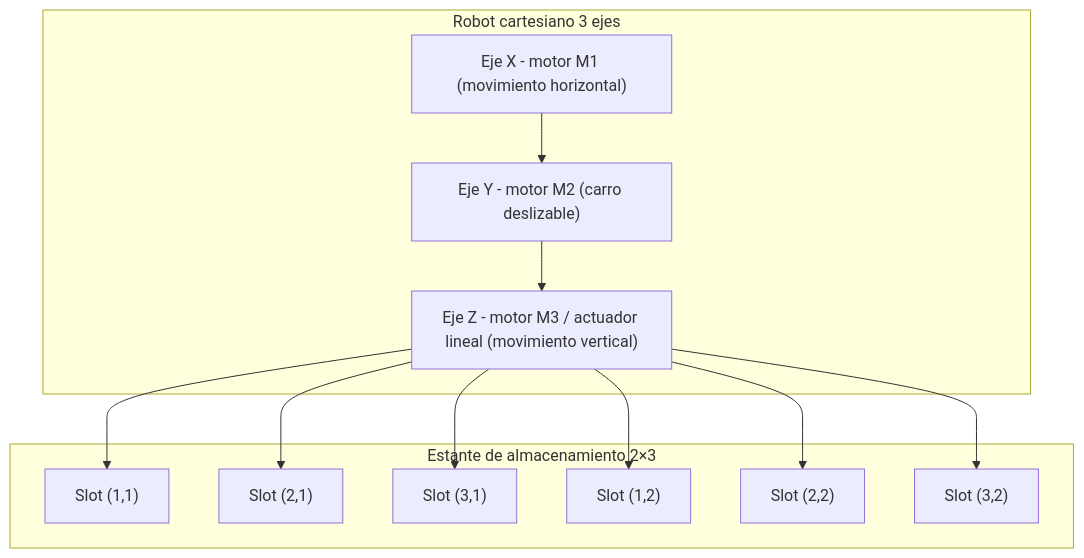
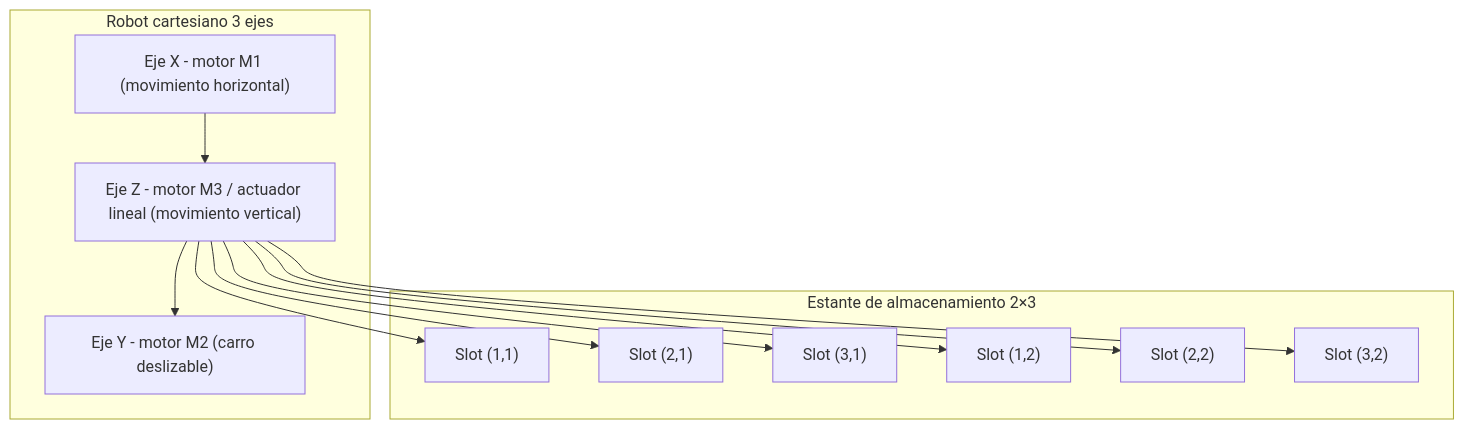
One commit to SB-312/Proyecto-Intermedio-IIoT changed the first of 4 diagrams in README.md. Above: the diagram before and after it, drawn with Mermaid.

````diff
--- a/README.md
+++ b/README.md
@@ -56,25 +56,25 @@
 ```mermaid
 flowchart TB
   subgraph Robot["Robot cartesiano 3 ejes"]
     X["Eje X - motor M1 (movimiento horizontal)"]
     Z["Eje Z - motor M3 / actuador lineal (movimiento vertical)"]
     Y["Eje Y - motor M2 (carro deslizable)"]
-    X --> Y --> Z
+    X --> Z --> Y
   end
 
   subgraph Estante["Estante de almacenamiento 2×3"]
     S11["Slot (1,1)"]
     S21["Slot (2,1)"]
     S31["Slot (3,1)"]
     S12["Slot (1,2)"]
     S22["Slot (2,2)"]
     S32["Slot (3,2)"]
   end
 
   Z --> S11
   Z --> S21
   Z --> S31
   Z --> S12
   Z --> S22
   Z --> S32
 ```
````
